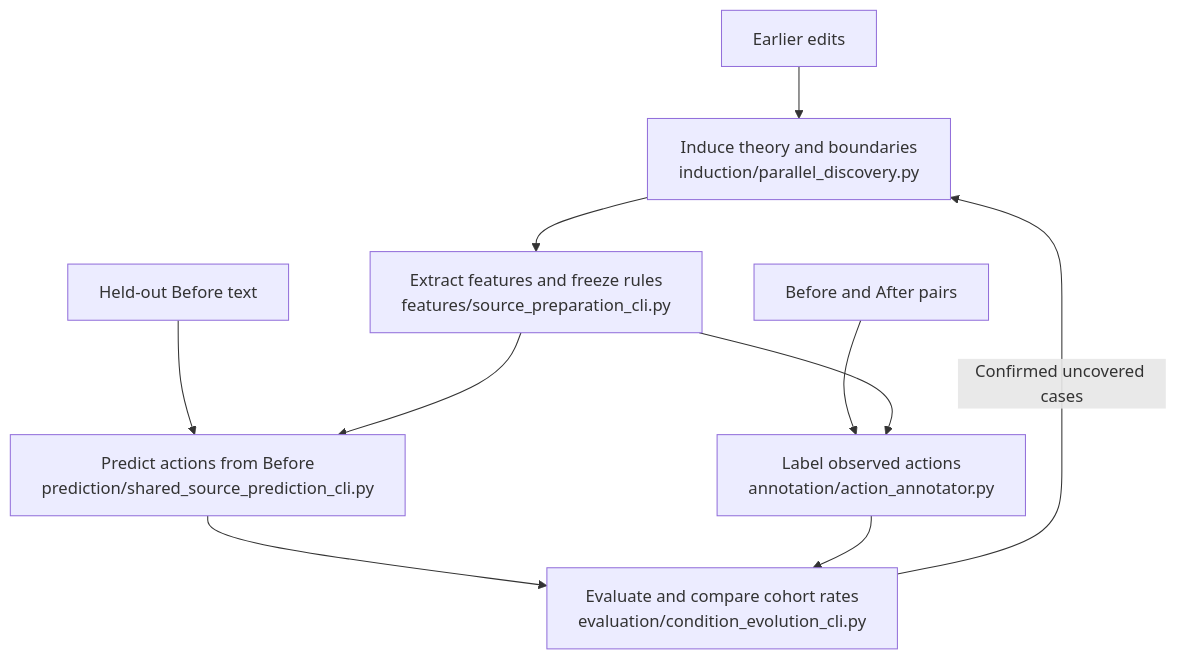
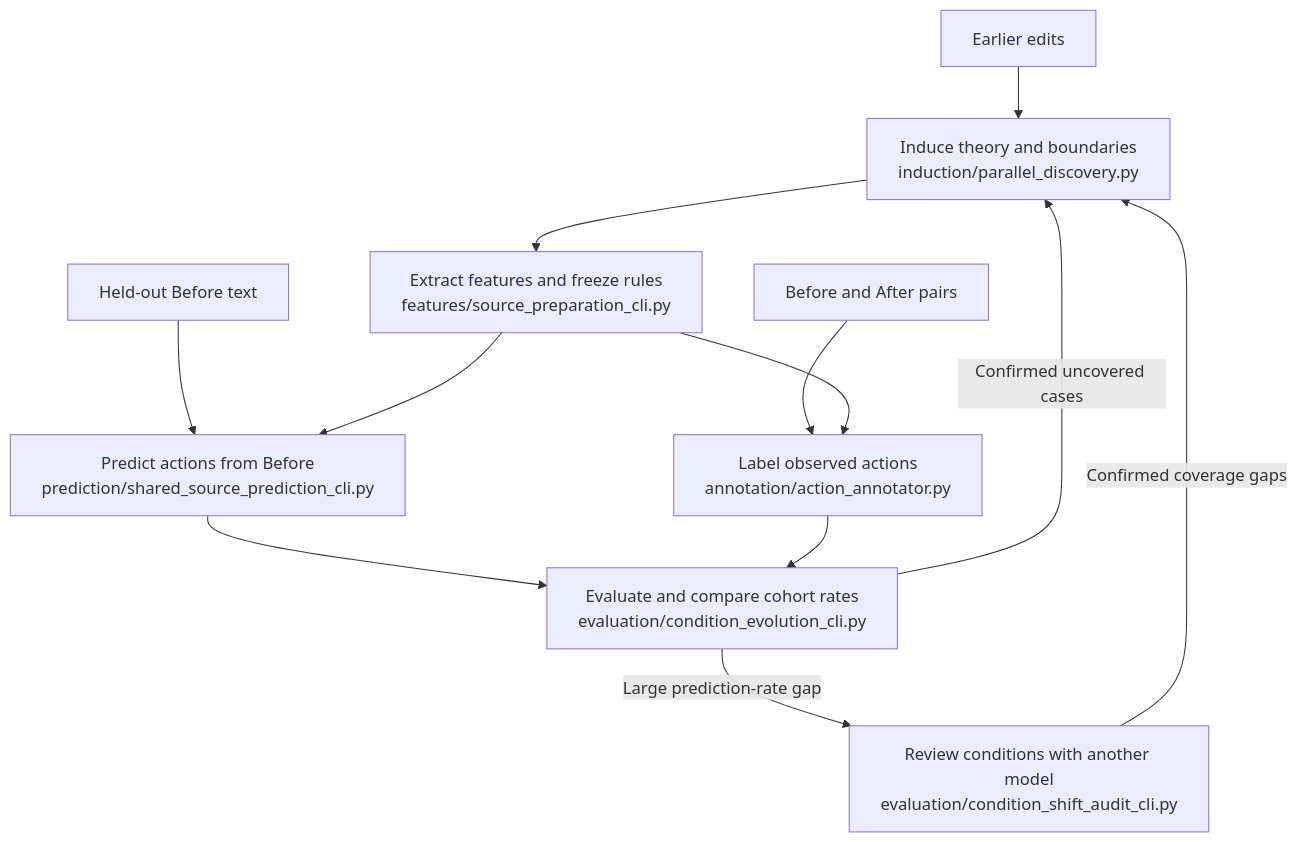
The diagram in README.md (Bessie88/Theory_Prediction), drawn with Mermaid before and after one commit. The commit also changed 4 other files, not shown here.

Commit message:
Add independent condition review

```diff
--- a/README.md
+++ b/README.md
@@ -3,12 +3,14 @@
 ~~~mermaid
 flowchart TD
     A["Earlier edits"] --> B["Induce theory and boundaries<br/>induction/parallel_discovery.py"]
     B --> C["Extract features and freeze rules<br/>features/source_preparation_cli.py"]
     D["Held-out Before text"] --> E["Predict actions from Before<br/>prediction/shared_source_prediction_cli.py"]
     C --> E
     F["Before and After pairs"] --> G["Label observed actions<br/>annotation/action_annotator.py"]
     C --> G
     E --> H["Evaluate and compare cohort rates<br/>evaluation/condition_evolution_cli.py"]
     G --> H
     H -->|Confirmed uncovered cases| B
+    H -->|Large prediction-rate gap| I["Review conditions with another model<br/>evaluation/condition_shift_audit_cli.py"]
+    I -->|Confirmed coverage gaps| B
 ~~~
```
